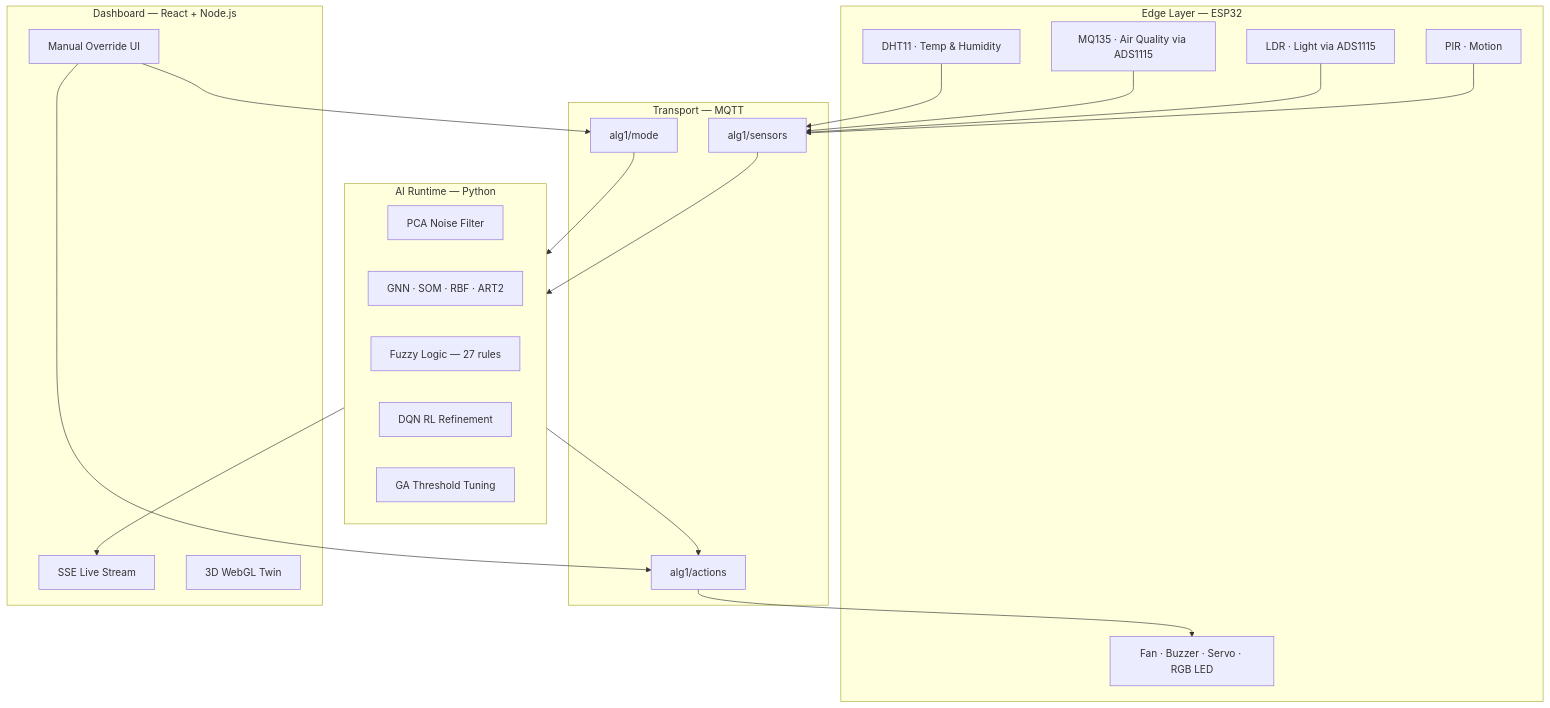
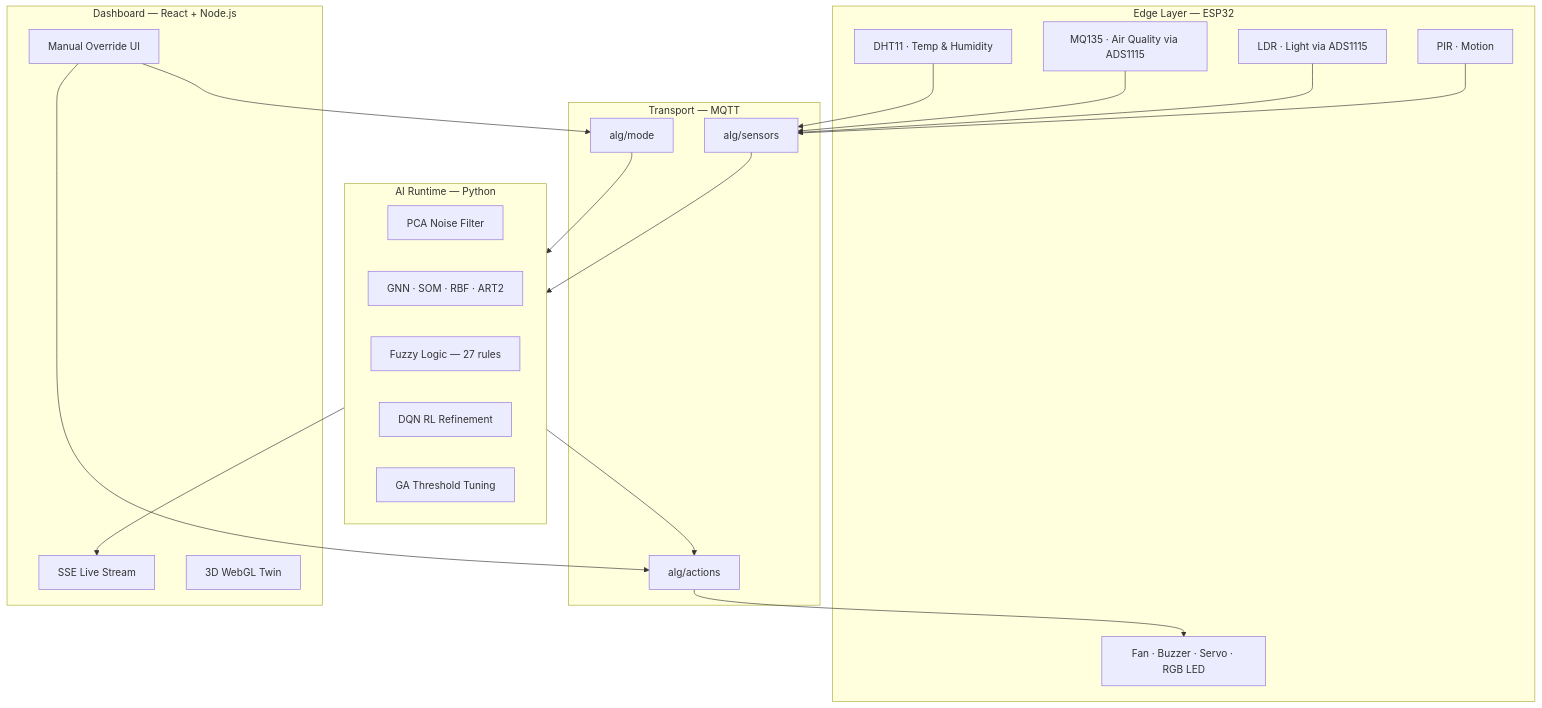
Before and after one commit to adelbadran/Adaptive_Lab_Guardian: the first of 2 diagrams in README.md, drawn with Mermaid. The commit also changed other lines of this file and 5 other files, not shown here.

````diff
--- a/README.md
+++ b/README.md
@@ -68,39 +68,39 @@
 ```mermaid
 flowchart TB
     subgraph Edge ["Edge Layer — ESP32"]
         S1[DHT11 · Temp & Humidity]
         S2[MQ135 · Air Quality via ADS1115]
         S3[LDR · Light via ADS1115]
         S4[PIR · Motion]
         A1[Fan · Buzzer · Servo · RGB LED]
     end
 
     subgraph Transport ["Transport — MQTT"]
-        T1[alg1/sensors]
-        T2[alg1/actions]
-        T3[alg1/mode]
+        T1[alg/sensors]
+        T2[alg/actions]
+        T3[alg/mode]
     end
 
     subgraph AI ["AI Runtime — Python"]
         P1[PCA Noise Filter]
         P2[GNN · SOM · RBF · ART2]
         P3[Fuzzy Logic — 27 rules]
         P4[DQN RL Refinement]
         P5[GA Threshold Tuning]
     end
 
     subgraph Web ["Dashboard — React + Node.js"]
         D1[SSE Live Stream]
         D2[3D WebGL Twin]
         D3[Manual Override UI]
     end
 
     S1 & S2 & S3 & S4 --> T1
     T1 --> AI
     AI --> T2
     T2 --> A1
     AI --> D1
     D3 --> T2
     D3 --> T3
     T3 --> AI
 ```
````
